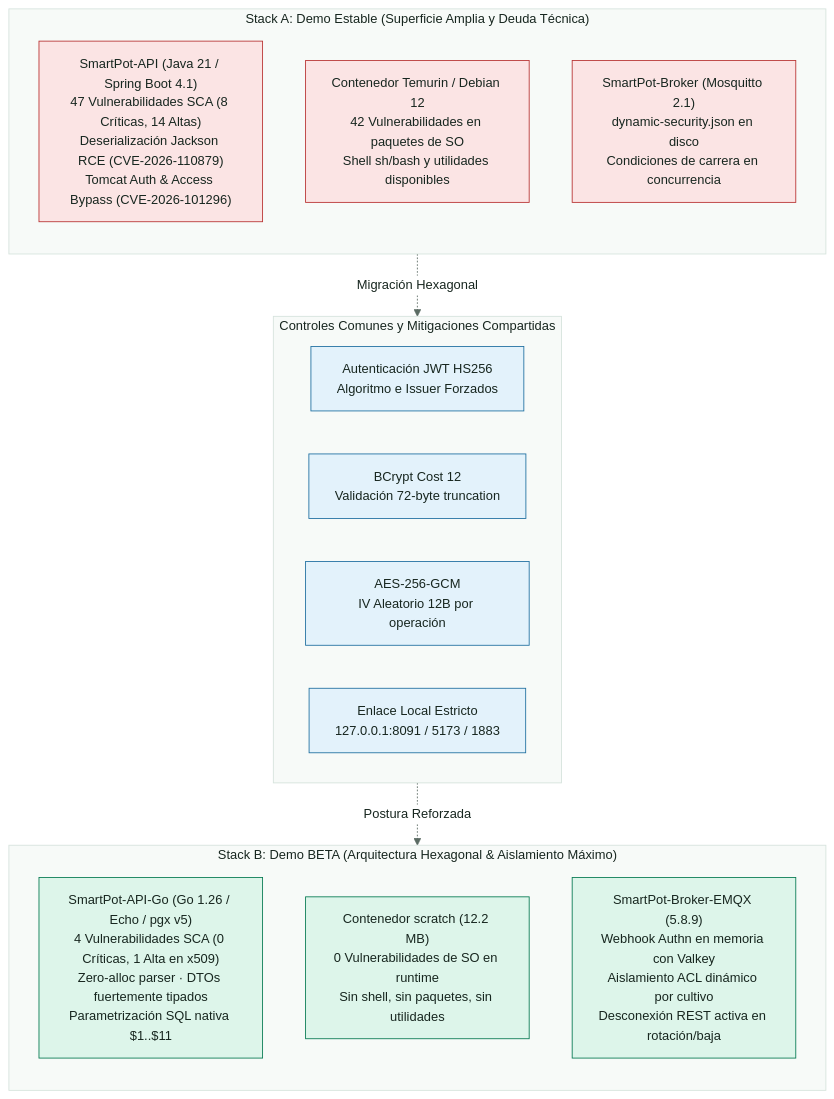
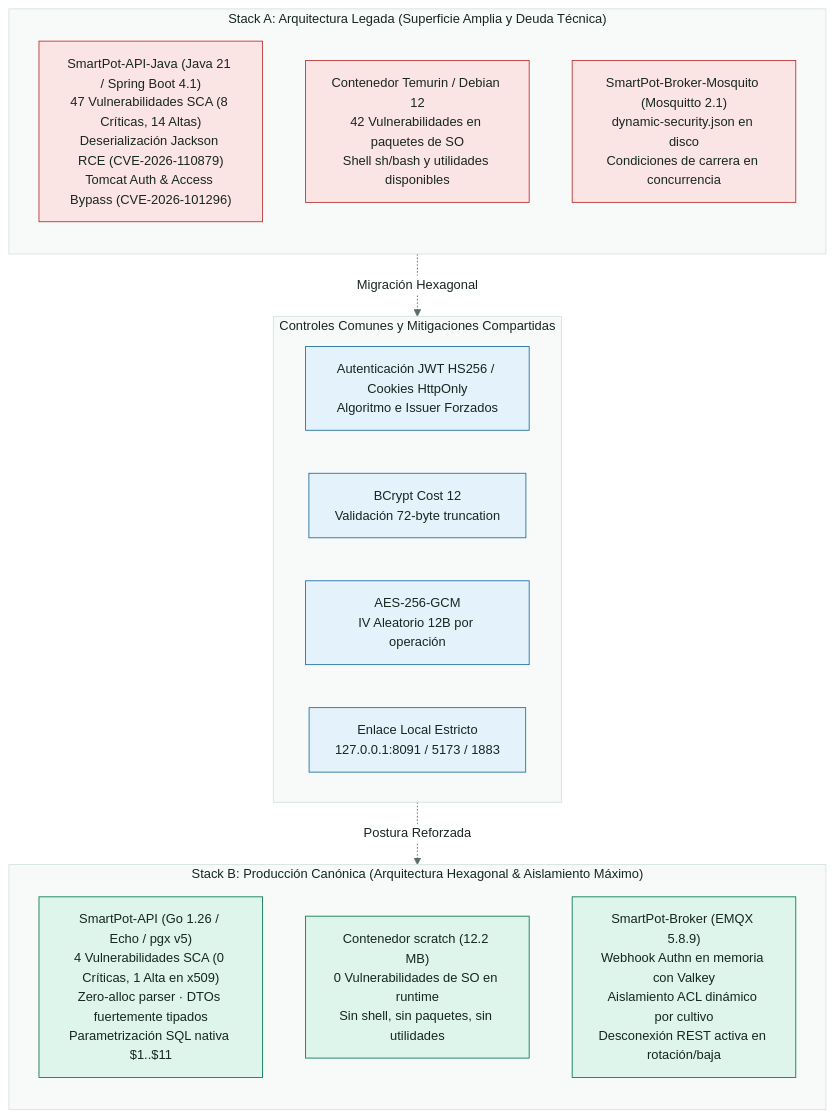
One commit to SmartPotTech/.github changed the diagram in docs/diagrams/SmartPot_49_Security_Comparison.mmd. Above: the diagram before and after it, drawn with Mermaid. The commit also changed 21 other files, not shown here.

Commit message:
Update platform documentation and architecture diagrams for production Stack B [skip deploy] #no-deploy

```diff
--- a/docs/diagrams/SmartPot_49_Security_Comparison.mmd
+++ b/docs/diagrams/SmartPot_49_Security_Comparison.mmd
@@ -1,36 +1,36 @@
 %%{init: {"theme": "base", "fontFamily": "Segoe UI, Arial, sans-serif", "themeVariables": {"fontFamily": "Segoe UI, Arial, sans-serif", "fontSize": "15px", "primaryColor": "#DDF5EA", "primaryTextColor": "#17261F", "primaryBorderColor": "#067A52", "secondaryColor": "#E3F2FB", "secondaryTextColor": "#17261F", "secondaryBorderColor": "#1F6FA0", "tertiaryColor": "#F2F7F4", "tertiaryTextColor": "#17261F", "tertiaryBorderColor": "#D5E3DC", "lineColor": "#5B6B63", "textColor": "#17261F", "mainBkg": "#DDF5EA", "nodeBorder": "#067A52", "clusterBkg": "#F7FAF8", "clusterBorder": "#D5E3DC", "edgeLabelBackground": "#FFFFFF", "actorBkg": "#067A52", "actorBorder": "#0B3D2B", "actorTextColor": "#FFFFFF", "actorLineColor": "#5B6B63", "signalColor": "#17261F", "signalTextColor": "#17261F", "labelBoxBkgColor": "#0B3D2B", "labelBoxBorderColor": "#0B3D2B", "labelTextColor": "#FFFFFF", "loopTextColor": "#0B3D2B", "noteBkgColor": "#FDF4DD", "noteBorderColor": "#C98D12", "noteTextColor": "#17261F", "activationBkgColor": "#DDF5EA", "activationBorderColor": "#067A52", "attributeBackgroundColorOdd": "#FFFFFF", "attributeBackgroundColorEven": "#F2F7F4"}}}%%
 flowchart TD
-  subgraph STACK_A["Stack A: Demo Estable (Superficie Amplia y Deuda Técnica)"]
+  subgraph STACK_A["Stack A: Arquitectura Legada (Superficie Amplia y Deuda Técnica)"]
     direction TB
-    A_API["SmartPot-API (Java 21 / Spring Boot 4.1)<br/>47 Vulnerabilidades SCA (8 Críticas, 14 Altas)<br/>Deserialización Jackson RCE (CVE-2026-110879)<br/>Tomcat Auth & Access Bypass (CVE-2026-101296)"]
+    A_API["SmartPot-API-Java (Java 21 / Spring Boot 4.1)<br/>47 Vulnerabilidades SCA (8 Críticas, 14 Altas)<br/>Deserialización Jackson RCE (CVE-2026-110879)<br/>Tomcat Auth & Access Bypass (CVE-2026-101296)"]
     A_SO["Contenedor Temurin / Debian 12<br/>42 Vulnerabilidades en paquetes de SO<br/>Shell sh/bash y utilidades disponibles"]
-    A_BROKER["SmartPot-Broker (Mosquitto 2.1)<br/>dynamic-security.json en disco<br/>Condiciones de carrera en concurrencia"]
+    A_BROKER["SmartPot-Broker-Mosquito (Mosquitto 2.1)<br/>dynamic-security.json en disco<br/>Condiciones de carrera en concurrencia"]
   end
 
   subgraph CONTROLS["Controles Comunes y Mitigaciones Compartidas"]
     direction LR
-    AUTH["Autenticación JWT HS256<br/>Algoritmo e Issuer Forzados"]
+    AUTH["Autenticación JWT HS256 / Cookies HttpOnly<br/>Algoritmo e Issuer Forzados"]
     PASSWD["BCrypt Cost 12<br/>Validación 72-byte truncation"]
     CRYPTO["AES-256-GCM<br/>IV Aleatorio 12B por operación"]
     PORTS["Enlace Local Estricto<br/>127.0.0.1:8091 / 5173 / 1883"]
   end
 
-  subgraph STACK_B["Stack B: Demo BETA (Arquitectura Hexagonal & Aislamiento Máximo)"]
+  subgraph STACK_B["Stack B: Producción Canónica (Arquitectura Hexagonal & Aislamiento Máximo)"]
     direction TB
-    B_API["SmartPot-API-Go (Go 1.26 / Echo / pgx v5)<br/>4 Vulnerabilidades SCA (0 Críticas, 1 Alta en x509)<br/>Zero-alloc parser · DTOs fuertemente tipados<br/>Parametrización SQL nativa $1..$11"]
+    B_API["SmartPot-API (Go 1.26 / Echo / pgx v5)<br/>4 Vulnerabilidades SCA (0 Críticas, 1 Alta en x509)<br/>Zero-alloc parser · DTOs fuertemente tipados<br/>Parametrización SQL nativa $1..$11"]
     B_SO["Contenedor scratch (12.2 MB)<br/>0 Vulnerabilidades de SO en runtime<br/>Sin shell, sin paquetes, sin utilidades"]
-    B_BROKER["SmartPot-Broker-EMQX (5.8.9)<br/>Webhook Authn en memoria con Valkey<br/>Aislamiento ACL dinámico por cultivo<br/>Desconexión REST activa en rotación/baja"]
+    B_BROKER["SmartPot-Broker (EMQX 5.8.9)<br/>Webhook Authn en memoria con Valkey<br/>Aislamiento ACL dinámico por cultivo<br/>Desconexión REST activa en rotación/baja"]
   end
 
   STACK_A -.->|"Migración Hexagonal"| CONTROLS
   CONTROLS -.->|"Postura Reforzada"| STACK_B
 
   classDef core fill:#DDF5EA,stroke:#067A52,color:#17261F
   classDef platform fill:#E3F2FB,stroke:#1F6FA0,color:#17261F
   classDef store fill:#F2F7F4,stroke:#5B6B63,color:#17261F
   classDef device fill:#FDF4DD,stroke:#C98D12,color:#17261F
   classDef alert fill:#FBE4E4,stroke:#B83232,color:#17261F
 
   class B_API,B_SO,B_BROKER core
   class AUTH,PASSWD,CRYPTO,PORTS platform
   class A_API,A_SO,A_BROKER alert
```
